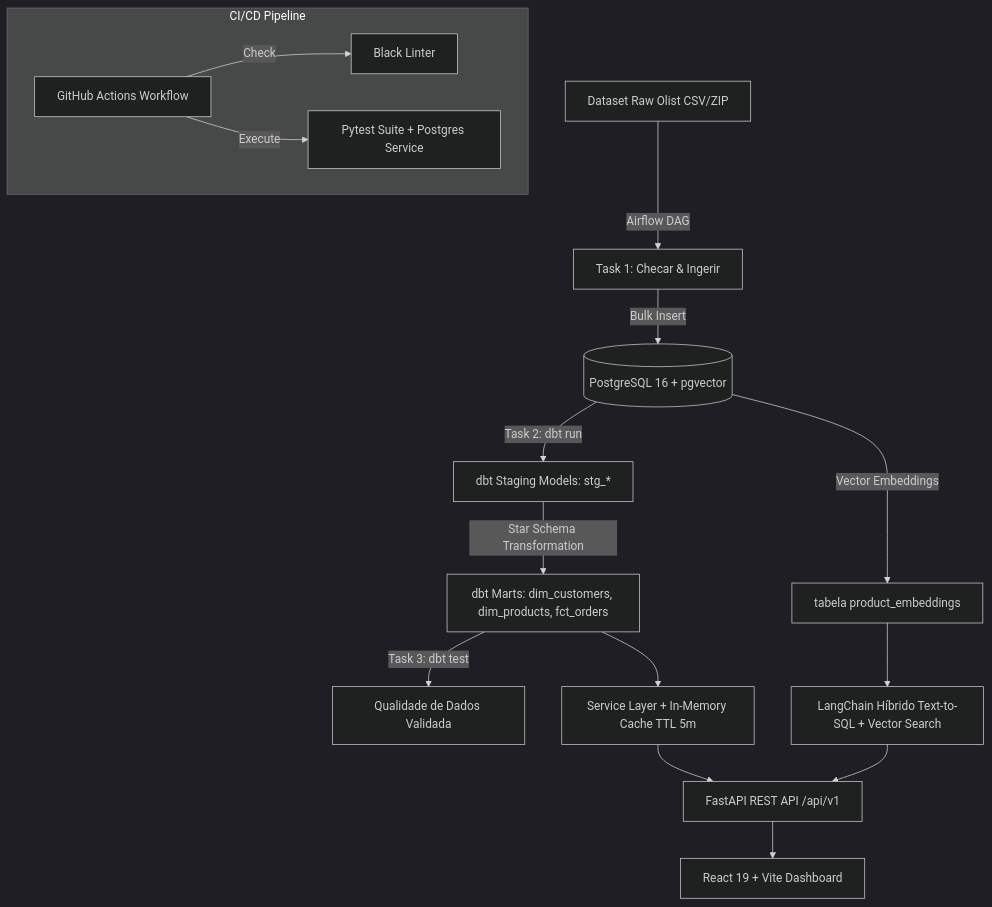
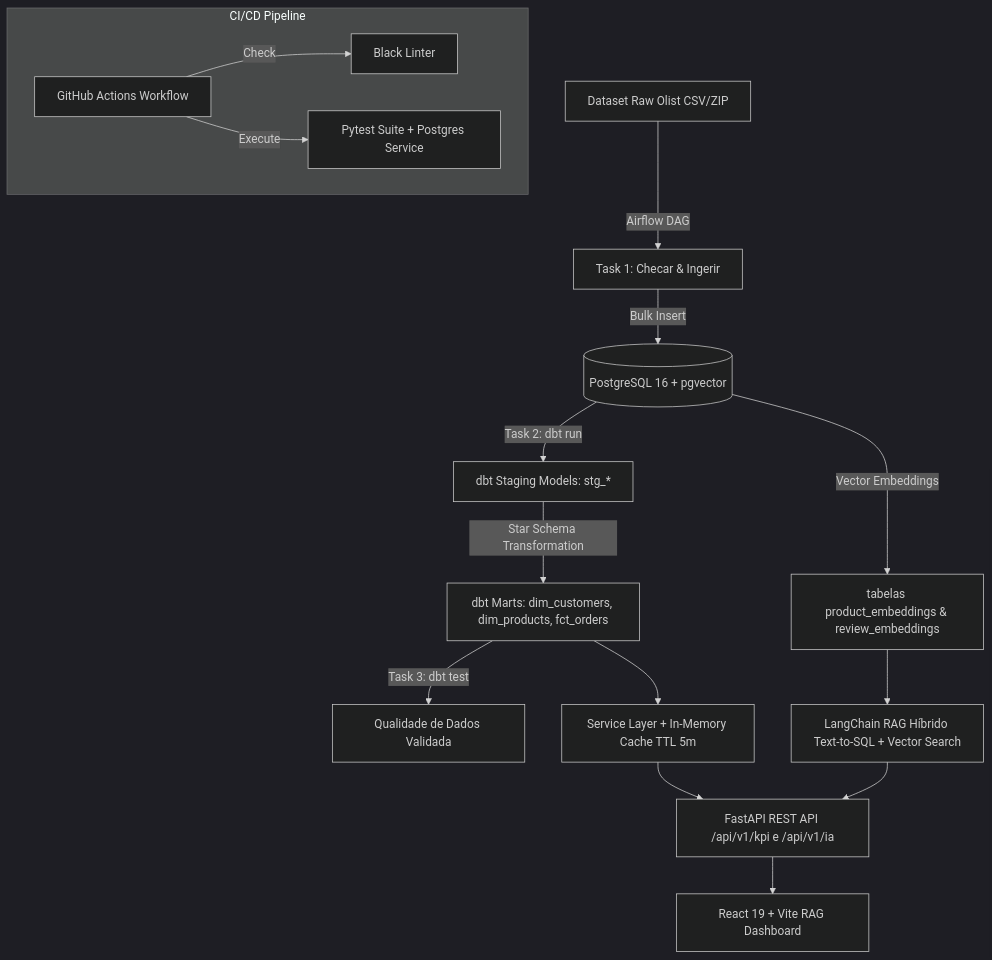
Before and after one commit to augdev1/business_intelligence_data: the diagram in README.md, drawn with Mermaid (dark theme). The commit also changed other lines of this file and 12 other files, not shown here.

````diff
--- a/README.md
+++ b/README.md
@@ -53,24 +54,24 @@
 ```mermaid
 graph TD
     A[Dataset Raw Olist CSV/ZIP] -->|Airflow DAG| B[Task 1: Checar & Ingerir]
     B -->|Bulk Insert| C[(PostgreSQL 16 + pgvector)]
     
     C -->|Task 2: dbt run| D[dbt Staging Models: stg_*]
     D -->|Star Schema Transformation| E[dbt Marts: dim_customers, dim_products, fct_orders]
     E -->|Task 3: dbt test| F[Qualidade de Dados Validada]
     
-    C -->|Vector Embeddings| G[tabela product_embeddings]
+    C -->|Vector Embeddings| G[tabelas product_embeddings & review_embeddings]
     
     E --> H[Service Layer + In-Memory Cache TTL 5m]
-    G --> I[LangChain Híbrido Text-to-SQL + Vector Search]
+    G --> I[LangChain RAG Híbrido Text-to-SQL + Vector Search]
     
-    H --> J[FastAPI REST API /api/v1]
+    H --> J[FastAPI REST API /api/v1/kpi e /api/v1/ia]
     I --> J
     
-    J --> K[React 19 + Vite Dashboard]
+    J --> K[React 19 + Vite RAG Dashboard]
     
     subgraph CI/CD Pipeline
         L[GitHub Actions Workflow] -->|Check| M[Black Linter]
         L -->|Execute| N[Pytest Suite + Postgres Service]
     end
 ```
````
